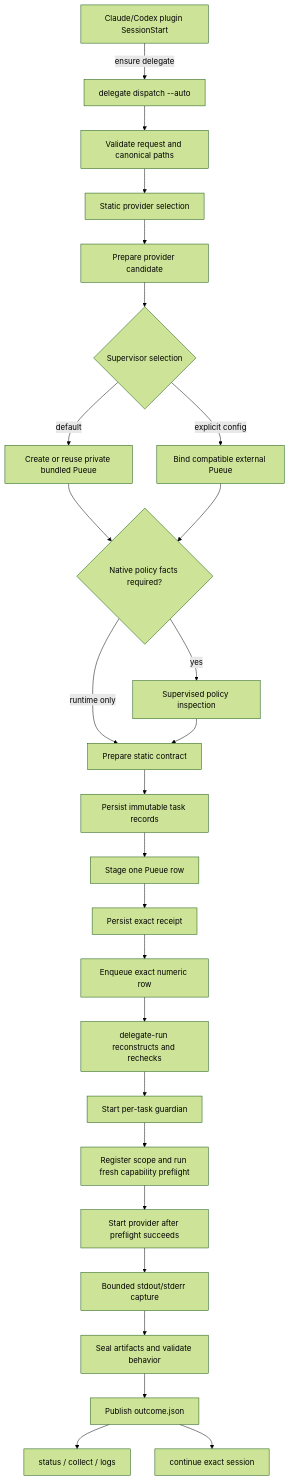
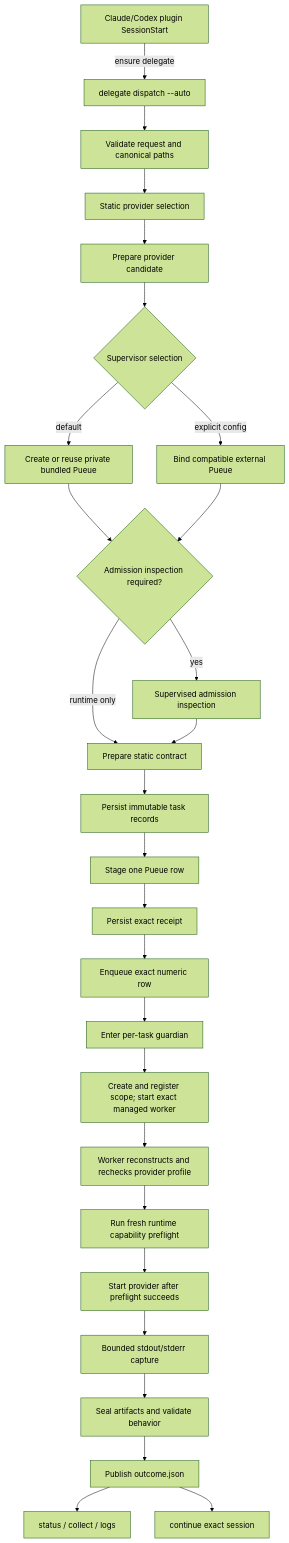
Before and after one commit to hishamkaram/delegation-layer: the diagram in docs/architecture.md, drawn with Mermaid (forest theme). The commit also changed 38 other files, not shown here.

First line of the commit message:
docs: correct lifecycle guidance and refresh diagrams and README artwork (#69)

````diff
--- a/docs/architecture.md
+++ b/docs/architecture.md
@@ -8,28 +8,29 @@
 ```mermaid
 flowchart TD
     BOOT[Claude/Codex plugin SessionStart] -->|ensure delegate| A[delegate dispatch --auto]
     A --> B[Validate request and canonical paths]
     B --> C[Static provider selection]
     C --> D[Prepare provider candidate]
     D --> I{Supervisor selection}
     I -->|default| J[Create or reuse private bundled Pueue]
     I -->|explicit config| J2[Bind compatible external Pueue]
-    J --> E{Native policy facts required?}
+    J --> E{Admission inspection required?}
     J2 --> E
-    E -->|yes| F[Supervised policy inspection]
+    E -->|yes| F[Supervised admission inspection]
     E -->|runtime only| G[Prepare static contract]
     F --> G
     G --> H[Persist immutable task records]
     H --> K[Stage one Pueue row]
     K --> K2[Persist exact receipt]
     K2 --> K3[Enqueue exact numeric row]
-    K3 --> L[delegate-run reconstructs and rechecks]
-    L --> M[Start per-task guardian]
-    M --> M2[Register scope and run fresh capability preflight]
-    M2 --> M3[Start provider after preflight succeeds]
+    K3 --> M[Enter per-task guardian]
+    M --> M2[Create and register scope; start exact managed worker]
+    M2 --> L[Worker reconstructs and rechecks provider profile]
+    L --> L2[Run fresh runtime capability preflight]
+    L2 --> M3[Start provider after preflight succeeds]
     M3 --> N[Bounded stdout/stderr capture]
     N --> O[Seal artifacts and validate behavior]
     O --> P[Publish outcome.json]
     P --> Q[status / collect / logs]
     P --> R[continue exact session]
 ```
````
